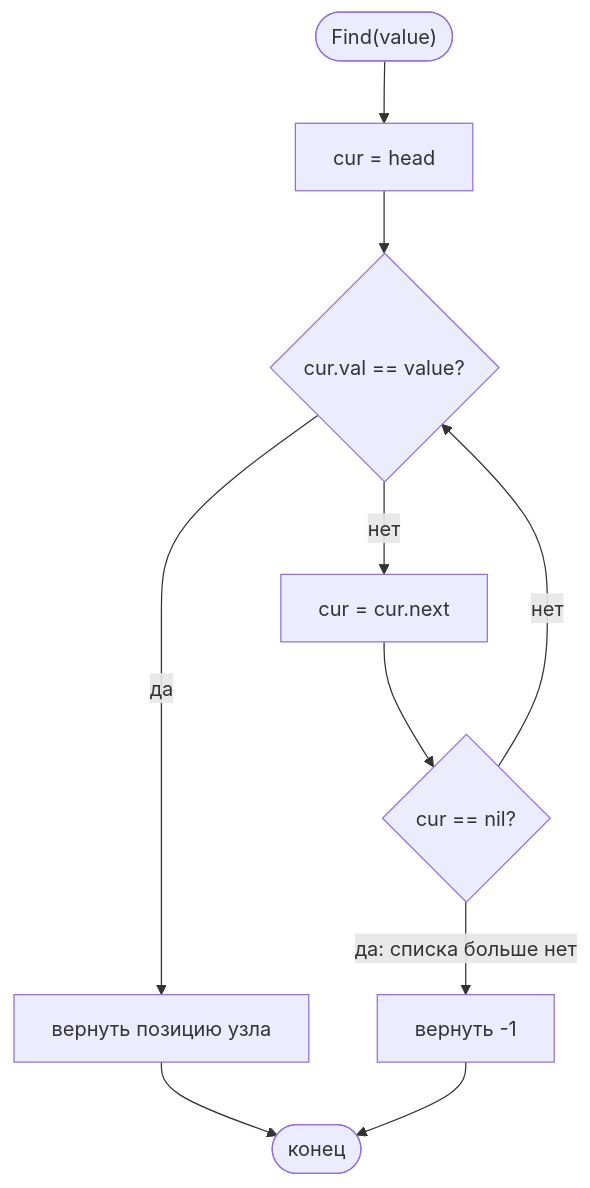
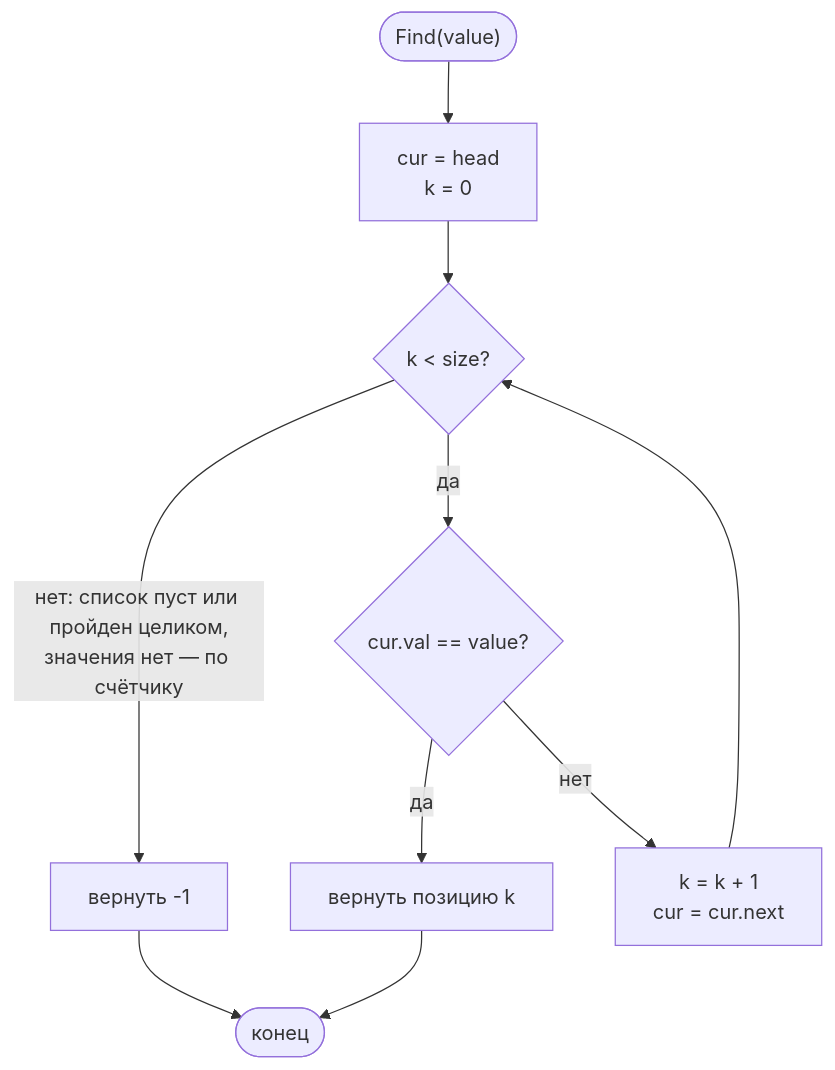
The fourth of 4 diagrams in docs/algorithms/lists.md (EvgeniiIvanov/algo), drawn with Mermaid before and after one commit. The commit also changed other lines of this file and 6 other files, not shown here.

Commit message:
docs(30): fix Find scheme, quicksort memory note, InsertAt order, node IDs

````diff
--- a/docs/algorithms/lists.md
+++ b/docs/algorithms/lists.md
@@ -71,12 +72,12 @@
 ```mermaid
 flowchart TD
-    S(["Find(value)"]) --> A["cur = head"]
-    A --> B{"cur.val == value?"}
-    B -- "да" --> R["вернуть позицию узла"]
-    B -- "нет" --> C["cur = cur.next"]
-    C --> D{"cur == nil?"}
-    D -- "нет" --> B
-    D -- "да: списка больше нет" --> NF["вернуть -1"]
-    R --> E([конец])
-    NF --> E
+    FindStart(["Find(value)"]) --> InitCur["cur = head<br/>k = 0"]
+    InitCur --> CounterCheck{"k < size?"}
+    CounterCheck -- "нет: список пуст или пройден целиком,<br/>значения нет — по счётчику" --> FindNotFound["вернуть -1"]
+    CounterCheck -- "да" --> NodeCheck{"cur.val == value?"}
+    NodeCheck -- "да" --> FindReturn["вернуть позицию k"]
+    NodeCheck -- "нет" --> Advance["k = k + 1<br/>cur = cur.next"]
+    Advance --> CounterCheck
+    FindReturn --> FindEnd([конец])
+    FindNotFound --> FindEnd
 ```
````
